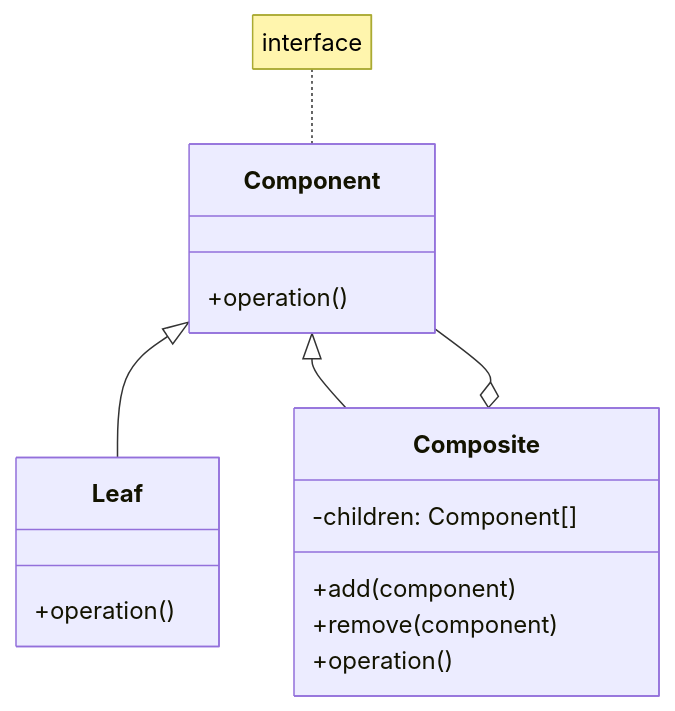
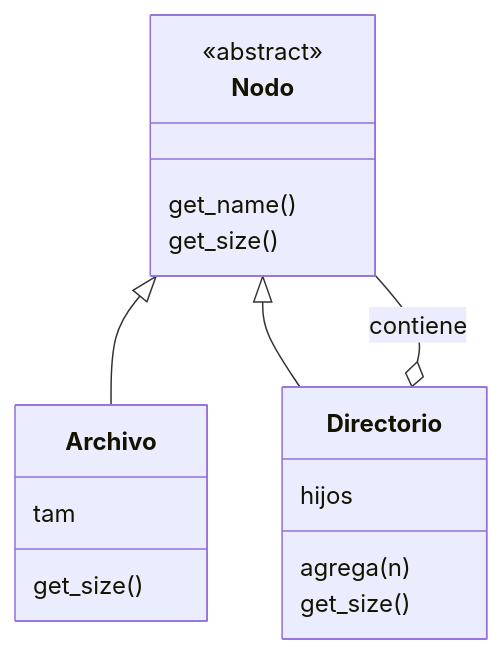
One commit to djaimej/computer-science-template changed the diagram in public/documents/semester-6/1/6124.md. Above: the diagram before and after it, drawn with Mermaid. The commit also changed other lines of this file and 4 other files, not shown here.

````diff
--- a/public/documents/semester-6/1/6124.md
+++ b/public/documents/semester-6/1/6124.md
@@ -139,24 +40,20 @@
 ```mermaid
 classDiagram
-direction TB
-    class Component {
-	    +operation()
+    class Nodo {
+        <<abstract>>
+        get_name()
+        get_size()
     }
-
-    class Leaf {
-	    +operation()
+    class Archivo {
+        tam
+        get_size()
     }
-
-    class Composite {
-	    -children: Component[]
-	    +add(component)
-	    +remove(component)
-	    +operation()
+    class Directorio {
+        hijos
+        agrega(n)
+        get_size()
     }
-
-	note for Component "interface"
-
-    Component <|-- Leaf
-    Component <|-- Composite
-    Composite o-- Component
+    Nodo <|-- Archivo
+    Nodo <|-- Directorio
+    Directorio o-- Nodo : contiene
 ```
````
